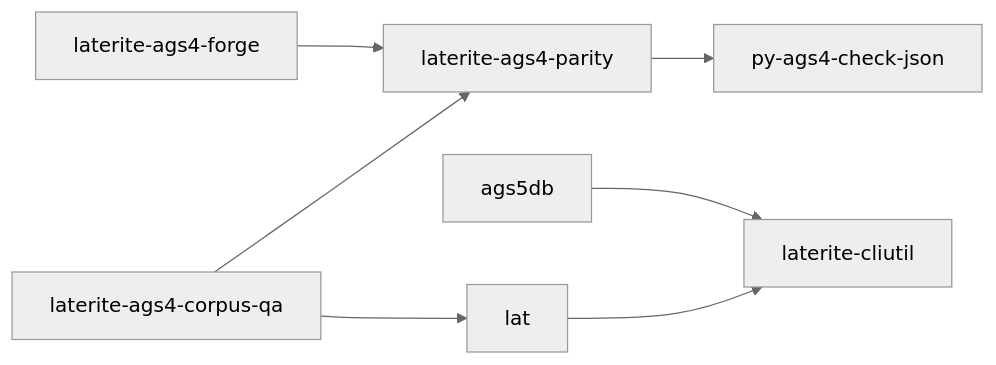
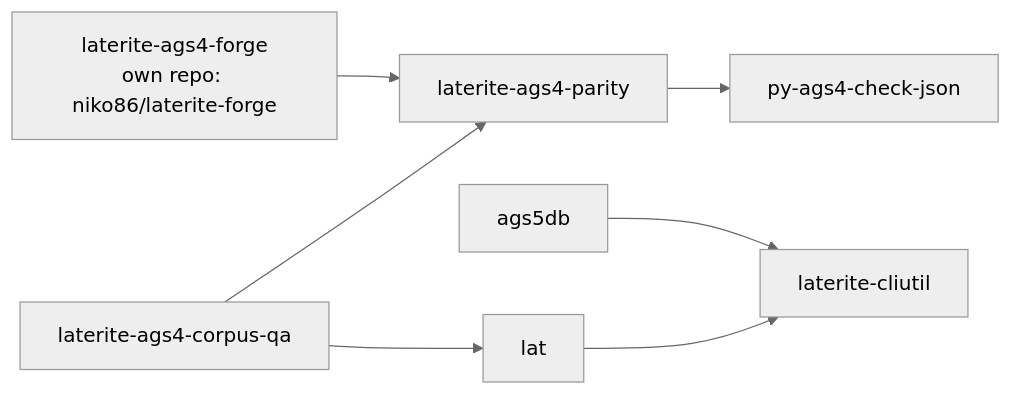
The diagram in ags-wiki/tools/laterite-ags4-corpus-qa.md (niko86/laterite), drawn with Mermaid (neutral theme) before and after one commit. The commit also changed other lines of this file and 92 other files, not shown here.

First line of the commit message:
chore: forge leaves the workspace for niko86/laterite-forge (#1111) (#1144)

````diff
--- a/ags-wiki/tools/laterite-ags4-corpus-qa.md
+++ b/ags-wiki/tools/laterite-ags4-corpus-qa.md
@@ -94,9 +94,9 @@
 ```mermaid
 flowchart LR
   crawl[laterite-ags4-corpus-qa] --> parity[laterite-ags4-parity]
   parity --> py[py-ags4-check-json]
   crawl --> ags4check[lat]
-  forge[laterite-ags4-forge] --> parity
+  forge["laterite-ags4-forge<br/>own repo: niko86/laterite-forge"] --> parity
   ags4check --> cliutil[laterite-cliutil]
   ags5db[ags5db] --> cliutil
 ```
````
